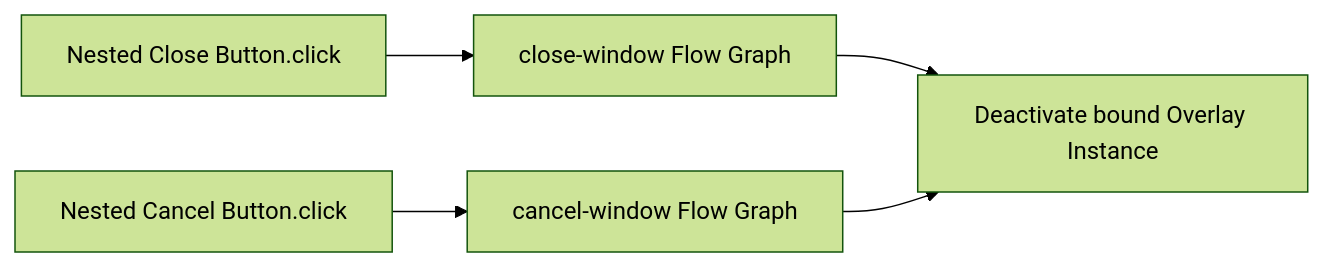
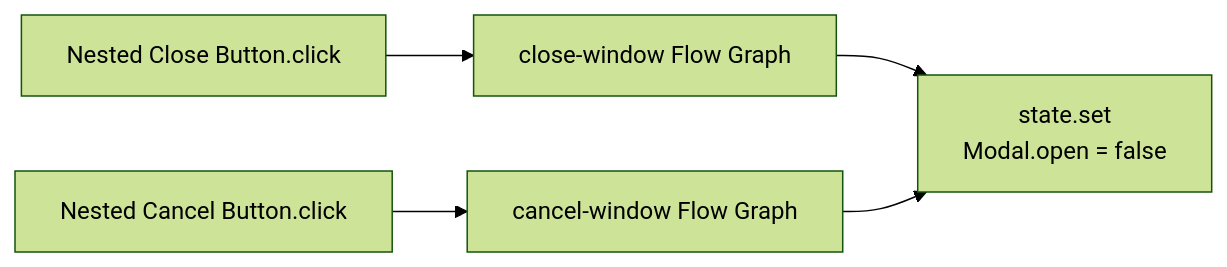
The third of 7 diagrams in docs/architecture/10-examples-roadmap-and-decisions.md (northwest-hcu/FlagShip), drawn with Mermaid (forest theme) before and after one commit. The commit also changed other lines of this file and 23 other files, not shown here.

Commit message:
feat: Lifecycle FlowとComponent変数統一を実装

````diff
--- a/docs/architecture/10-examples-roadmap-and-decisions.md
+++ b/docs/architecture/10-examples-roadmap-and-decisions.md
@@ -214,7 +214,7 @@
 ```mermaid
 flowchart LR
     Close["Nested Close Button.click"] --> CloseFlow["close-window Flow Graph"]
     Cancel["Nested Cancel Button.click"] --> CancelFlow["cancel-window Flow Graph"]
-    CloseFlow --> Deactivate["Deactivate bound Overlay Instance"]
-    CancelFlow --> Deactivate
+    CloseFlow --> SetClosed["state.set<br/>Modal.open = false"]
+    CancelFlow --> SetClosed
 ```
````
